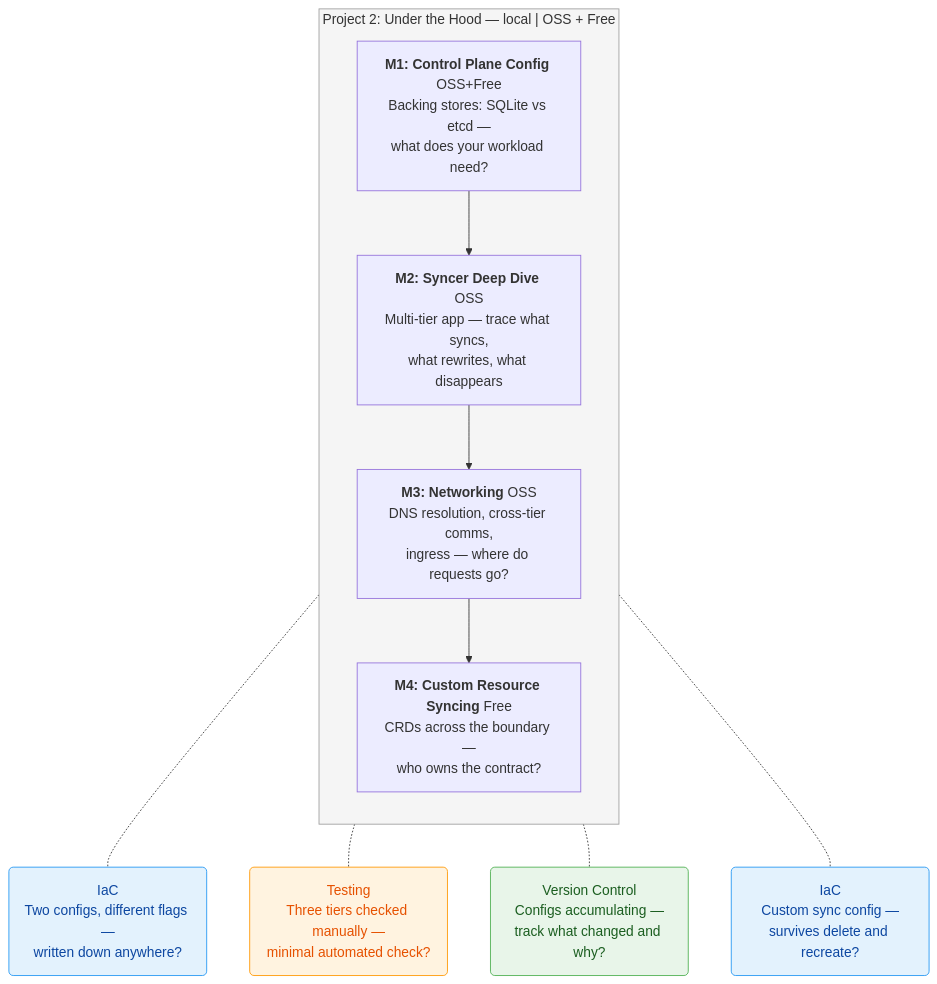
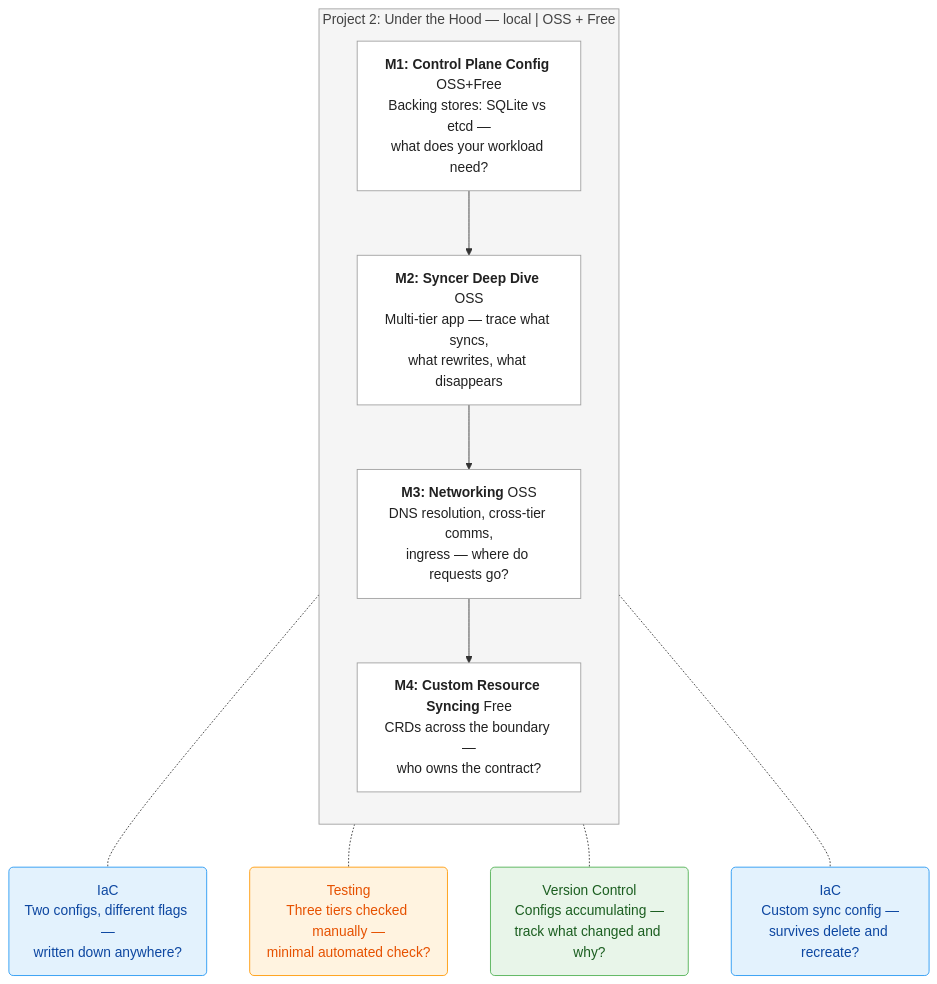
One commit to andrew-brooks-GA/vcluster_learning changed the fourth of 7 diagrams in roadmap.md. Above: the diagram before and after it, drawn with Mermaid. The commit also changed other lines of this file and 1 other file, not shown here.

Commit message:
Add README and fix Mermaid diagram text readability

````diff
--- a/roadmap.md
+++ b/roadmap.md
@@ -107,28 +133,33 @@
 ```mermaid
 flowchart TD
     subgraph p2["Project 2: Under the Hood — local | OSS + Free"]
         direction TB
 
         M1["<b>M1: Control Plane Config</b> OSS+Free\nBacking stores: SQLite vs etcd —\nwhat does your workload need?"]
         M2["<b>M2: Syncer Deep Dive</b> OSS\nMulti-tier app — trace what syncs,\nwhat rewrites, what disappears"]
         M3["<b>M3: Networking</b> OSS\nDNS resolution, cross-tier comms,\ningress — where do requests go?"]
         M4["<b>M4: Custom Resource Syncing</b> Free\nCRDs across the boundary —\nwho owns the contract?"]
 
         M1 --> M2 --> M3 --> M4
     end
 
     IAC1("IaC\nTwo configs, different flags —\nwritten down anywhere?"):::iac
     T1("Testing\nThree tiers checked manually —\nminimal automated check?"):::test
     VC1("Version Control\nConfigs accumulating —\ntrack what changed and why?"):::vc
     IAC2("IaC\nCustom sync config —\nsurvives delete and recreate?"):::iac
 
     M1 -.- IAC1
     M2 -.- T1
     M3 -.- VC1
     M4 -.- IAC2
 
+    classDef ms fill:#ffffff,stroke:#9e9e9e,color:#212121
     classDef vc fill:#e8f5e9,stroke:#4caf50,color:#1b5e20
     classDef iac fill:#e3f2fd,stroke:#2196f3,color:#0d47a1
     classDef test fill:#fff3e0,stroke:#ff9800,color:#e65100
-    style p2 fill:#f5f5f5,stroke:#9e9e9e
+    M1:::ms
+    M2:::ms
+    M3:::ms
+    M4:::ms
+    style p2 fill:#f5f5f5,stroke:#9e9e9e,color:#424242
 ```
````
